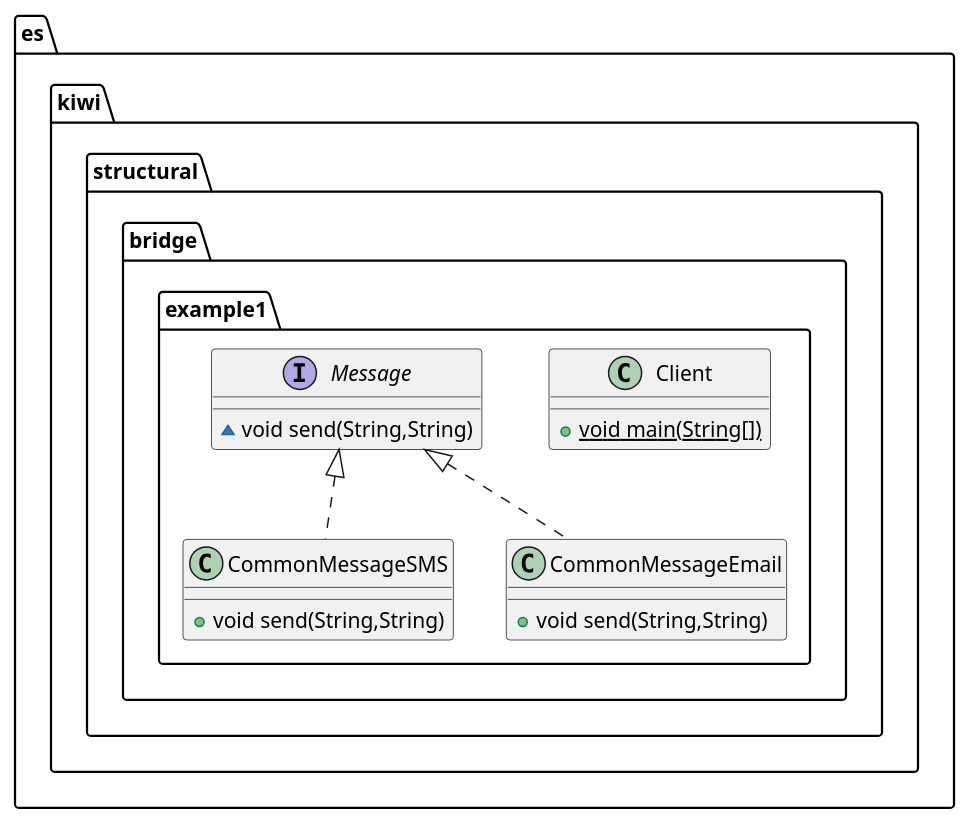
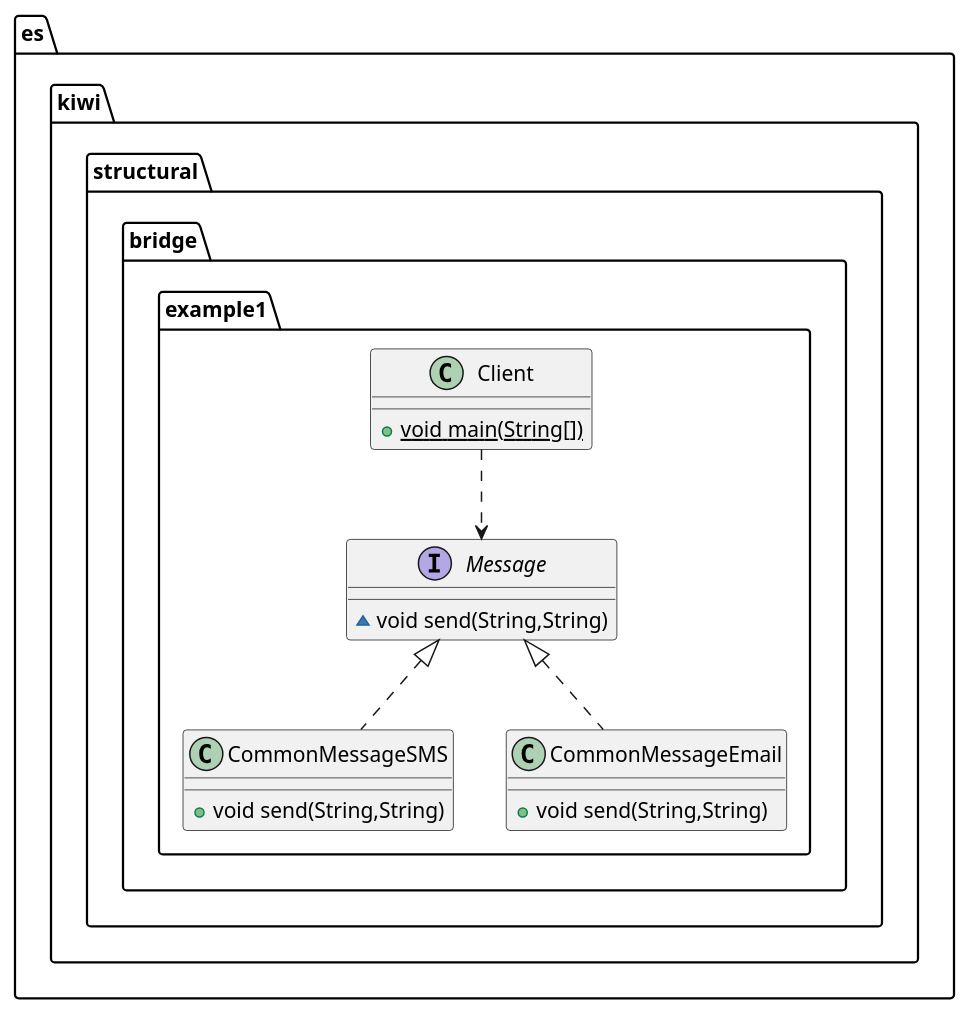
One commit to Nereitay/design_pattern changed the diagram in src/main/java/es/kiwi/structural/bridge/example1/e1.puml. Above: the diagram before and after it, drawn with PlantUML. The commit also changed 76 other files, not shown here.

```diff
--- a/src/main/java/es/kiwi/structural/bridge/example1/e1.puml
+++ b/src/main/java/es/kiwi/structural/bridge/example1/e1.puml
@@ -1,18 +1,19 @@
 @startuml
 class es.kiwi.structural.bridge.example1.Client {
 + {static} void main(String[])
 }
 class es.kiwi.structural.bridge.example1.CommonMessageSMS {
 + void send(String,String)
 }
 interface es.kiwi.structural.bridge.example1.Message {
 ~ void send(String,String)
 }
 class es.kiwi.structural.bridge.example1.CommonMessageEmail {
 + void send(String,String)
 }
 
 
 es.kiwi.structural.bridge.example1.Message <|.. es.kiwi.structural.bridge.example1.CommonMessageSMS
 es.kiwi.structural.bridge.example1.Message <|.. es.kiwi.structural.bridge.example1.CommonMessageEmail
+es.kiwi.structural.bridge.example1.Client ..> es.kiwi.structural.bridge.example1.Message
 @enduml
```
